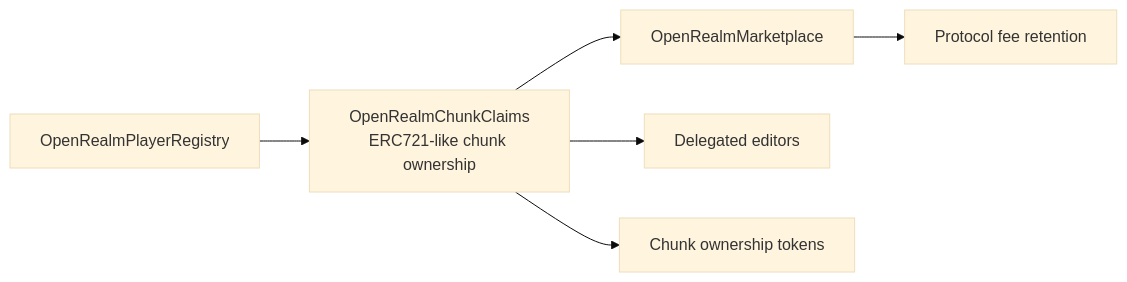
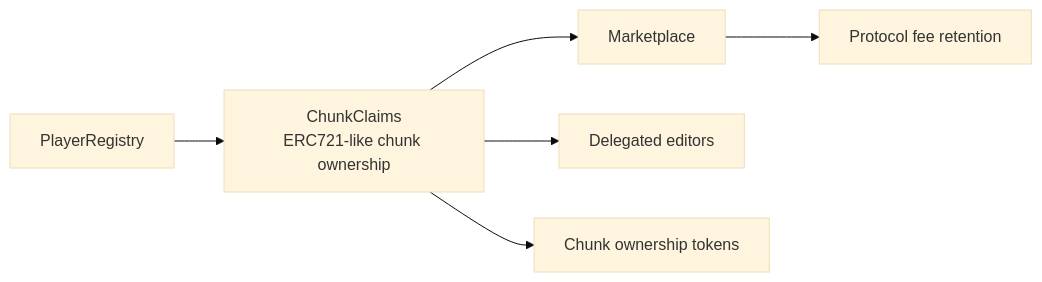
The fourth of 4 diagrams in README.md (luppichristian/OpenRealm), drawn with Mermaid (base theme) before and after one commit. The commit also changed 11 other files, not shown here.

````diff
--- a/README.md
+++ b/README.md
@@ -80,12 +80,12 @@
 ```mermaid
 flowchart LR
-  Registry[OpenRealmPlayerRegistry]
-  Claims[OpenRealmChunkClaims\nERC721-like chunk ownership]
-  Market[OpenRealmMarketplace]
+  Registry[PlayerRegistry]
+  Claims[ChunkClaims\nERC721-like chunk ownership]
+  Market[Marketplace]
 
   Registry --> Claims
   Claims --> Market
   Market --> Fees[Protocol fee retention]
   Claims --> Editors[Delegated editors]
   Claims --> Tokens[Chunk ownership tokens]
 ```
````
